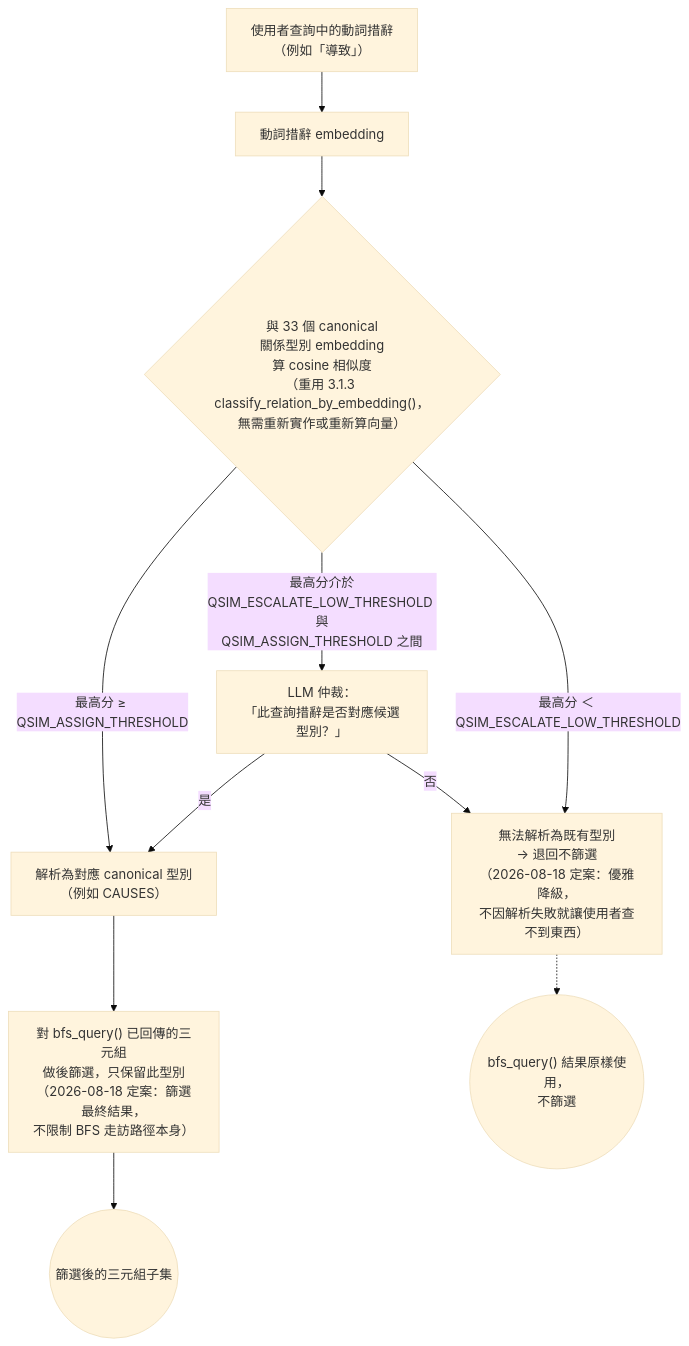
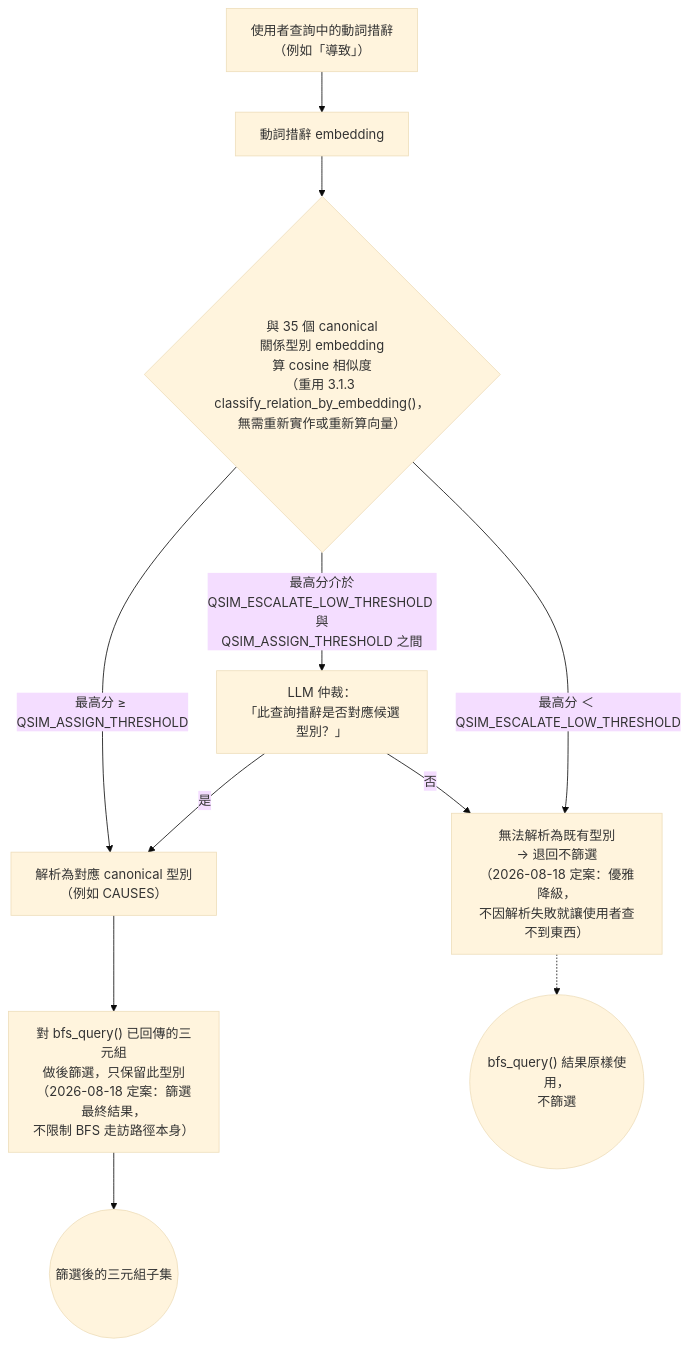
One commit to Chester930/world-knowledge-graph-rag changed diagram 13 of 18 in docs/論文/03_系統設計與方法論.md. Above: the diagram before and after it, drawn with Mermaid (base theme). The commit also changed other lines of this file and 8 other files, not shown here.

````diff
--- a/docs/論文/03_系統設計與方法論.md
+++ b/docs/論文/03_系統設計與方法論.md
@@ -657,13 +657,13 @@
 ```mermaid
 flowchart TD
     UQ["使用者查詢中的動詞措辭<br/>（例如「導致」）"] --> QEMB["動詞措辭 embedding"]
-    QEMB --> QSIM{"與 33 個 canonical<br/>關係型別 embedding<br/>算 cosine 相似度<br/>（重用 3.1.3 classify_relation_by_embedding()，<br/>無需重新實作或重新算向量）"}
+    QEMB --> QSIM{"與 35 個 canonical<br/>關係型別 embedding<br/>算 cosine 相似度<br/>（重用 3.1.3 classify_relation_by_embedding()，<br/>無需重新實作或重新算向量）"}
     QSIM -->|"最高分 ≥ QSIM_ASSIGN_THRESHOLD"| QASSIGN["解析為對應 canonical 型別<br/>（例如 CAUSES）"]
     QSIM -->|"最高分介於<br/>QSIM_ESCALATE_LOW_THRESHOLD 與<br/>QSIM_ASSIGN_THRESHOLD 之間"| QESCALATE["LLM 仲裁：<br/>「此查詢措辭是否對應候選型別？」"]
     QSIM -->|"最高分 ＜ QSIM_ESCALATE_LOW_THRESHOLD"| QNOMATCH
     QESCALATE -->|是| QASSIGN
     QESCALATE -->|否| QNOMATCH["無法解析為既有型別<br/>→ 退回不篩選<br/>（2026-08-18 定案：優雅降級，<br/>不因解析失敗就讓使用者查不到東西）"]
     QASSIGN --> QFILTER["對 bfs_query() 已回傳的三元組<br/>做後篩選，只保留此型別<br/>（2026-08-18 定案：篩選最終結果，<br/>不限制 BFS 走訪路徑本身）"]
     QNOMATCH -.-> KEEPALL(("bfs_query() 結果原樣使用，<br/>不篩選"))
     QFILTER --> FILTERED(("篩選後的三元組子集"))
 ```
````
